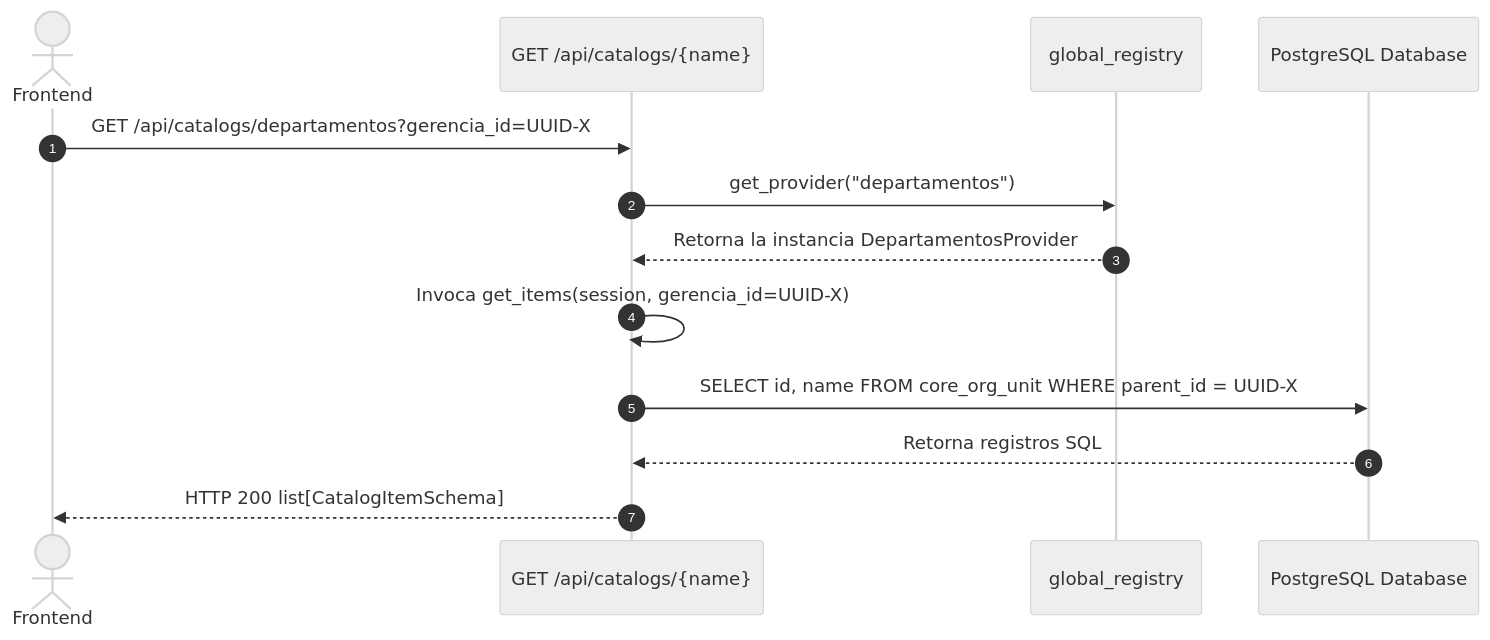
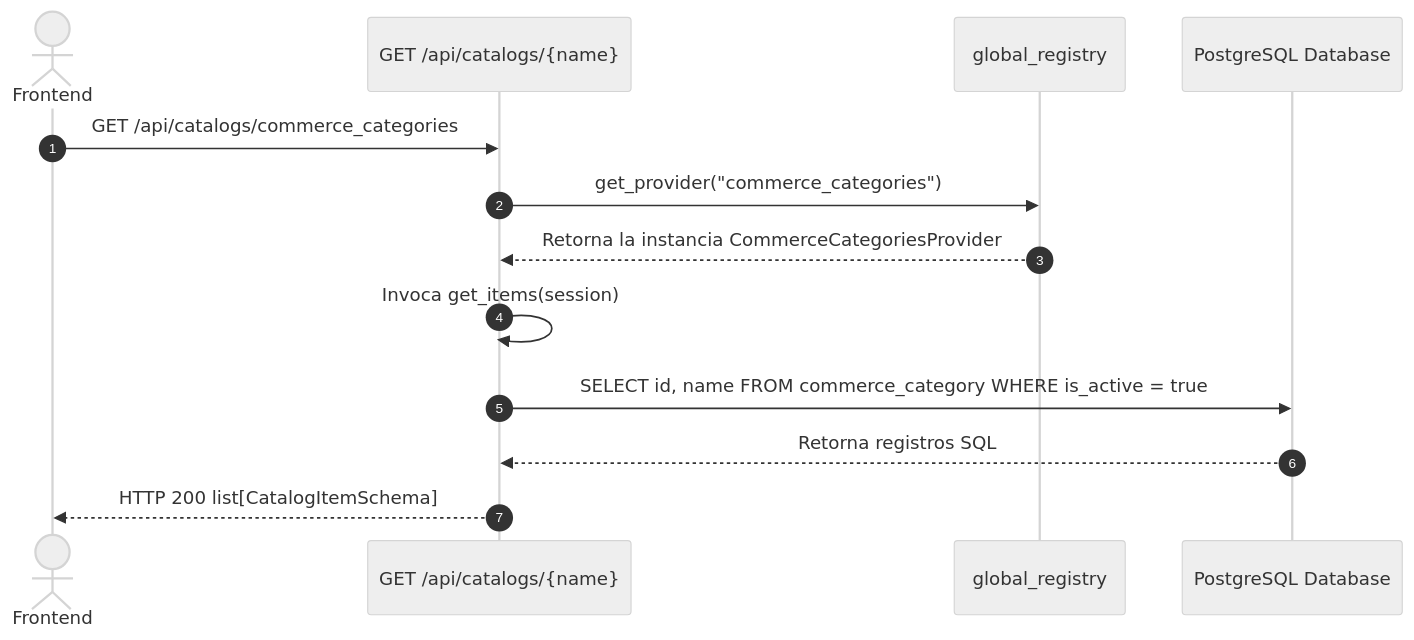
Before and after one commit to henrytaby/uyuni-backend-py: the third of 4 diagrams in docs/developer_guide/02_sistema_catalogos_dinamicos.md, drawn with Mermaid (neutral theme). The commit also changed other lines of this file and 20 other files, not shown here.

````diff
--- a/docs/developer_guide/02_sistema_catalogos_dinamicos.md
+++ b/docs/developer_guide/02_sistema_catalogos_dinamicos.md
@@ -118,16 +118,16 @@
 ```mermaid
 sequenceDiagram
     autonumber
     actor Client as Frontend
     participant Route as GET /api/catalogs/{name}
     participant Reg as global_registry
     participant DB as PostgreSQL Database
     
-    Client->>Route: GET /api/catalogs/departamentos?gerencia_id=UUID-X
-    Route->>Reg: get_provider("departamentos")
-    Reg-->>Route: Retorna la instancia DepartamentosProvider
-    Route->>Route: Invoca get_items(session, gerencia_id=UUID-X)
-    Route->>DB: SELECT id, name FROM core_org_unit WHERE parent_id = UUID-X
+    Client->>Route: GET /api/catalogs/commerce_categories
+    Route->>Reg: get_provider("commerce_categories")
+    Reg-->>Route: Retorna la instancia CommerceCategoriesProvider
+    Route->>Route: Invoca get_items(session)
+    Route->>DB: SELECT id, name FROM commerce_category WHERE is_active = true
     DB-->>Route: Retorna registros SQL
     Route-->>Client: HTTP 200 list[CatalogItemSchema]
 ```
````
